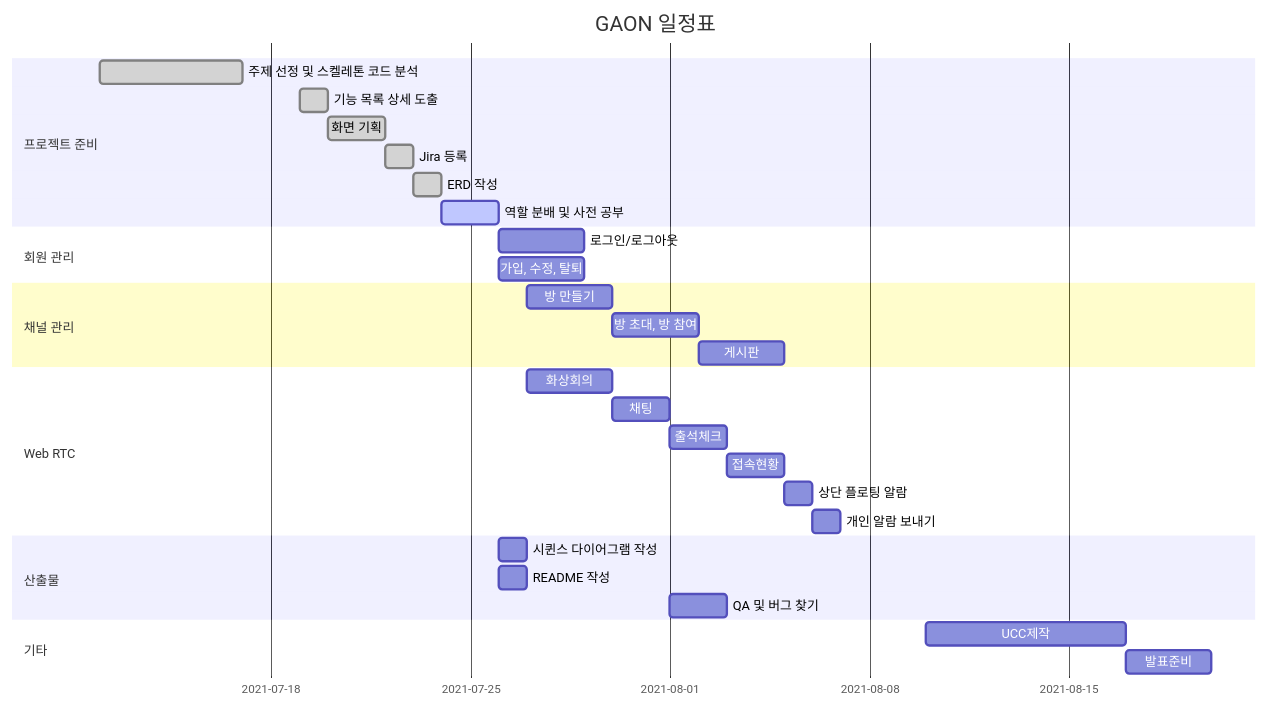
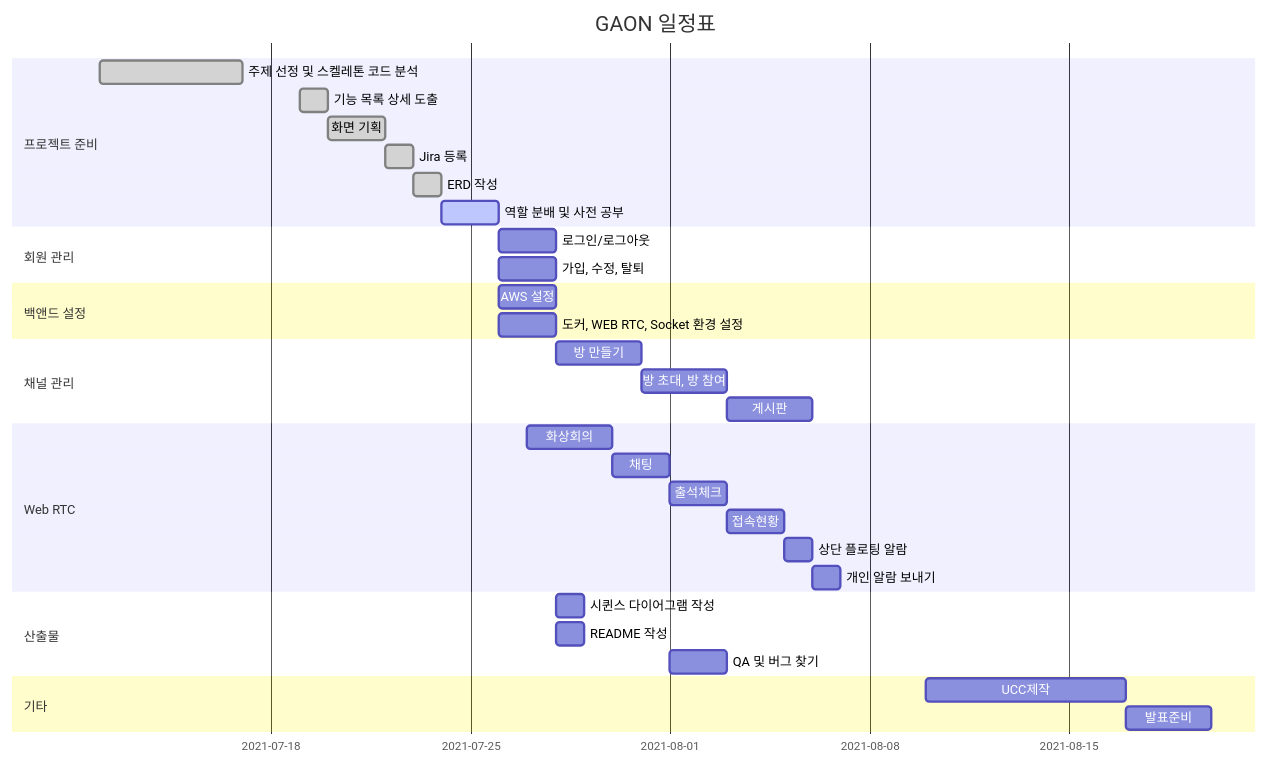
Before and after one commit to WangHoJin/GAON: the diagram in README.md, drawn with Mermaid.

````diff
--- a/README.md
+++ b/README.md
@@ -5,42 +5,46 @@
 ```mermaid
 gantt
     dateFormat  MM-DD
     title       GAON 일정표
     %% excludes    weekends
     %% (`excludes` accepts specific dates in YYYY-MM-DD format, days of the week ("sunday") or "weekends", but not the word "weekdays".)
 
     section 프로젝트 준비
     주제 선정 및 스켈레톤 코드 분석	:done, 07-12, 5d
     기능 목록 상세 도출		   :done, 07-19, 1d
     화면 기획				  :done,07-20, 2d
    	Jira 등록		: done, 07-22, 1d
     ERD 작성		: done, 07-23, 1d
     역할 분배 및 사전 공부		: active, 07-24, 2d
    
     
-	section 회원 관리
-    로그인/로그아웃		:07-26, 3d
-    가입, 수정, 탈퇴		 :07-26, 3d
+	  section 회원 관리
+    로그인/로그아웃		:07-26, 2d
+    가입, 수정, 탈퇴		 :07-26, 2d
      
+   section 백앤드 설정
+    AWS 설정		:07-26, 2d
+    도커, WEB RTC, Socket 환경 설정		 :07-26, 2d
+
     section 채널 관리
-    방 만들기 	: ch1, 07-27, 3d
+    방 만들기 	: ch1, 07-28, 3d
     방 초대, 방 참여   :ch2, after ch1, 3d
     게시판 :after ch2, 3d
     
     section Web RTC
     화상회의 : rtc1, 07-27, 3d
     채팅     :rtc2, after rtc1, 2d
     출석체크   : rtc3, after rtc2, 2d
     접속현황  : rtc4, after rtc3, 2d
     상단 플로팅 알람 : rtc5, after rtc4, 1d
     개인 알람 보내기 : after rtc5, 1d
     
     section 산출물
-    시퀸스 다이어그램 작성   :07-26, 1d
-    README 작성  			:07-26, 1d
+    시퀸스 다이어그램 작성   :07-28, 1d
+    README 작성  			:07-28, 1d
     QA 및 버그 찾기  	  :08-01, 2d
     
     section 기타
     UCC제작 :08-10, 7d
     발표준비 :08-17, 3d
 ```
````
